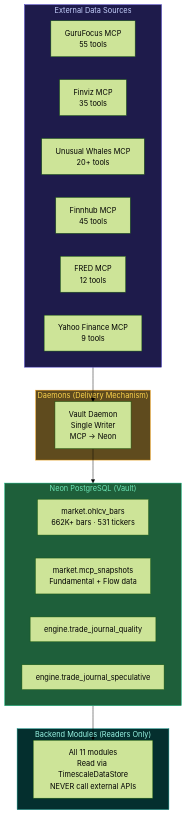
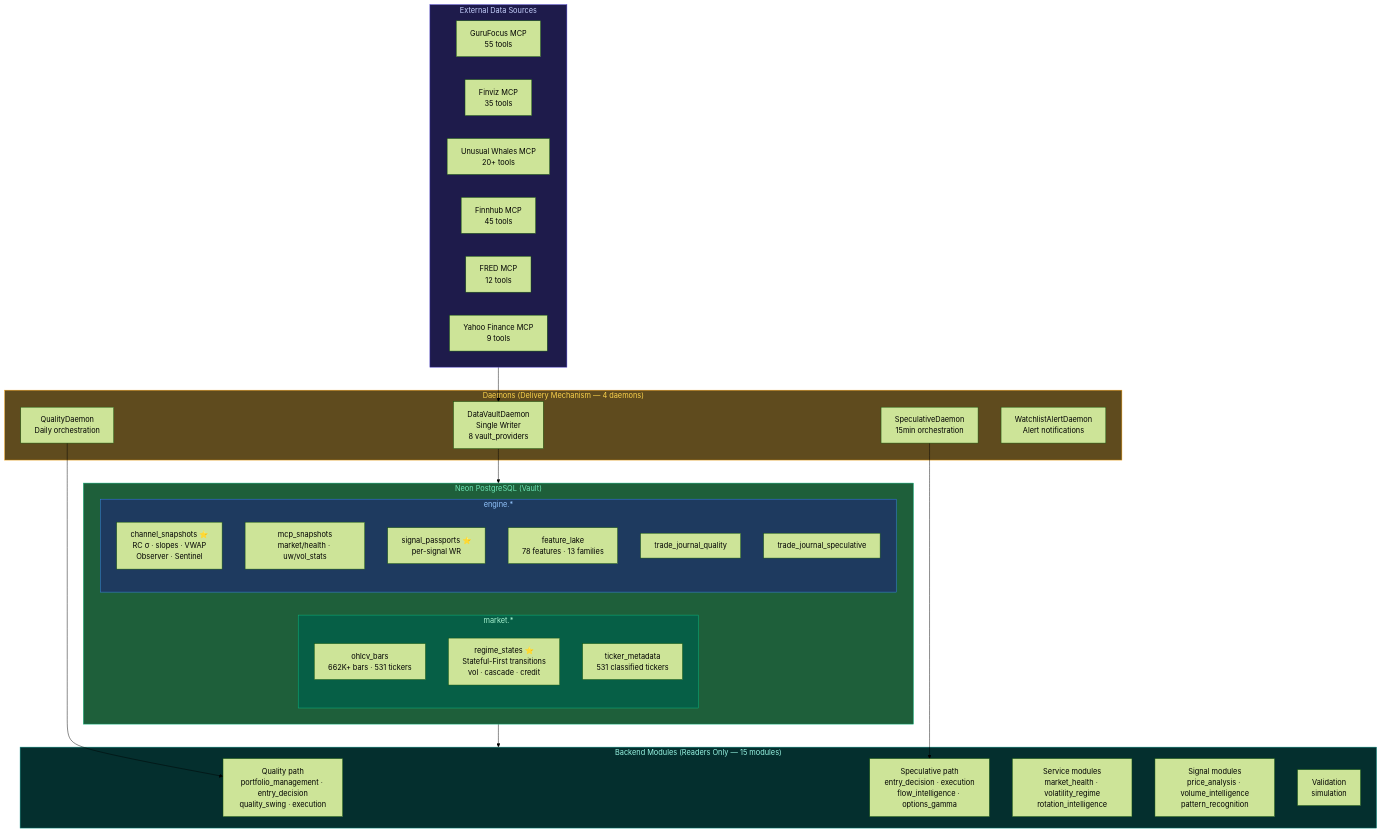
The sixth of 6 diagrams in docs/architecture-expert-committee.md (Charlie7532/botero-trade-engine), drawn with Mermaid (forest theme) before and after one commit. The commit also changed other lines of this file and 1 other file, not shown here.

Commit message:
feat: add graphify skill protocol and expand architecture committee to include swing, service, and gate modules

````diff
--- a/docs/architecture-expert-committee.md
+++ b/docs/architecture-expert-committee.md
@@ -303,35 +461,55 @@
 ```mermaid
 flowchart TB
     subgraph EXTERNAL["External Data Sources"]
         MCP_GF["GuruFocus MCP<br/>55 tools"]
         MCP_FV["Finviz MCP<br/>35 tools"]
         MCP_UW["Unusual Whales MCP<br/>20+ tools"]
         MCP_FH["Finnhub MCP<br/>45 tools"]
         MCP_FR["FRED MCP<br/>12 tools"]
         MCP_YF["Yahoo Finance MCP<br/>9 tools"]
     end
 
-    subgraph DAEMONS["Daemons (Delivery Mechanism)"]
-        VD["Vault Daemon<br/>Single Writer<br/>MCP → Neon"]
+    subgraph DAEMONS["Daemons (Delivery Mechanism — 4 daemons)"]
+        DVD["DataVaultDaemon<br/>Single Writer<br/>8 vault_providers"]
+        QD["QualityDaemon<br/>Daily orchestration"]
+        SD["SpeculativeDaemon<br/>15min orchestration"]
+        WAD["WatchlistAlertDaemon<br/>Alert notifications"]
     end
 
     subgraph VAULT["Neon PostgreSQL (Vault)"]
-        OHLCV["market.ohlcv_bars<br/>662K+ bars · 531 tickers"]
-        SNAP["market.mcp_snapshots<br/>Fundamental + Flow data"]
-        JOURNAL_Q["engine.trade_journal_quality"]
-        JOURNAL_S["engine.trade_journal_speculative"]
+        subgraph MARKET["market.*"]
+            OHLCV["ohlcv_bars<br/>662K+ bars · 531 tickers"]
+            REGIME["regime_states ⭐<br/>Stateful-First transitions<br/>vol · cascade · credit"]
+            META["ticker_metadata<br/>531 classified tickers"]
+        end
+        subgraph ENGINE["engine.*"]
+            CHAN["channel_snapshots ⭐<br/>RC σ · slopes · VWAP<br/>Observer · Sentinel"]
+            SNAP["mcp_snapshots<br/>market/health · uw/vol_stats"]
+            PASS["signal_passports ⭐<br/>per-signal WR"]
+            FEAT["feature_lake<br/>78 features · 13 families"]
+            JOURNAL_Q["trade_journal_quality"]
+            JOURNAL_S["trade_journal_speculative"]
+        end
     end
 
-    subgraph MODULES["Backend Modules (Readers Only)"]
-        MOD["All 11 modules<br/>Read via TimescaleDataStore<br/>NEVER call external APIs"]
+    subgraph MODULES["Backend Modules (Readers Only — 15 modules)"]
+        MOD_Q["Quality path<br/>portfolio_management · entry_decision<br/>quality_swing · execution"]
+        MOD_S["Speculative path<br/>entry_decision · execution<br/>flow_intelligence · options_gamma"]
+        MOD_SVC["Service modules<br/>market_health · volatility_regime<br/>rotation_intelligence"]
+        MOD_SIG["Signal modules<br/>price_analysis · volume_intelligence<br/>pattern_recognition"]
+        MOD_VAL["Validation<br/>simulation"]
     end
 
-    EXTERNAL --> VD
-    VD --> VAULT
-    VAULT --> MOD
+    EXTERNAL --> DVD
+    DVD --> VAULT
+    QD --> MOD_Q
+    SD --> MOD_S
+    VAULT --> MODULES
 
     style EXTERNAL fill:#1e1b4b,stroke:#4338ca,color:#c7d2fe
     style DAEMONS fill:#5f4b1e,stroke:#f59e0b,color:#fcd34d
     style VAULT fill:#1e5f3a,stroke:#10b981,color:#6ee7b7
+    style MARKET fill:#065f46,stroke:#10b981,color:#a7f3d0
+    style ENGINE fill:#1e3a5f,stroke:#3b82f6,color:#93c5fd
     style MODULES fill:#042f2e,stroke:#0d9488,color:#99f6e4
 ```
````
